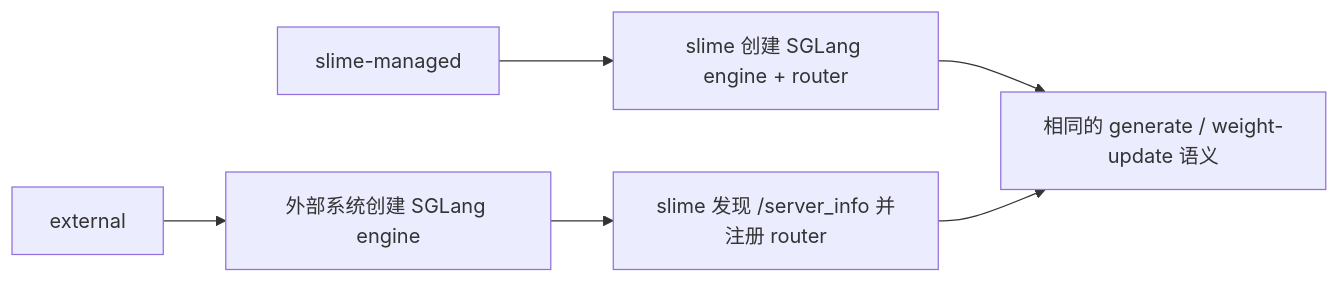
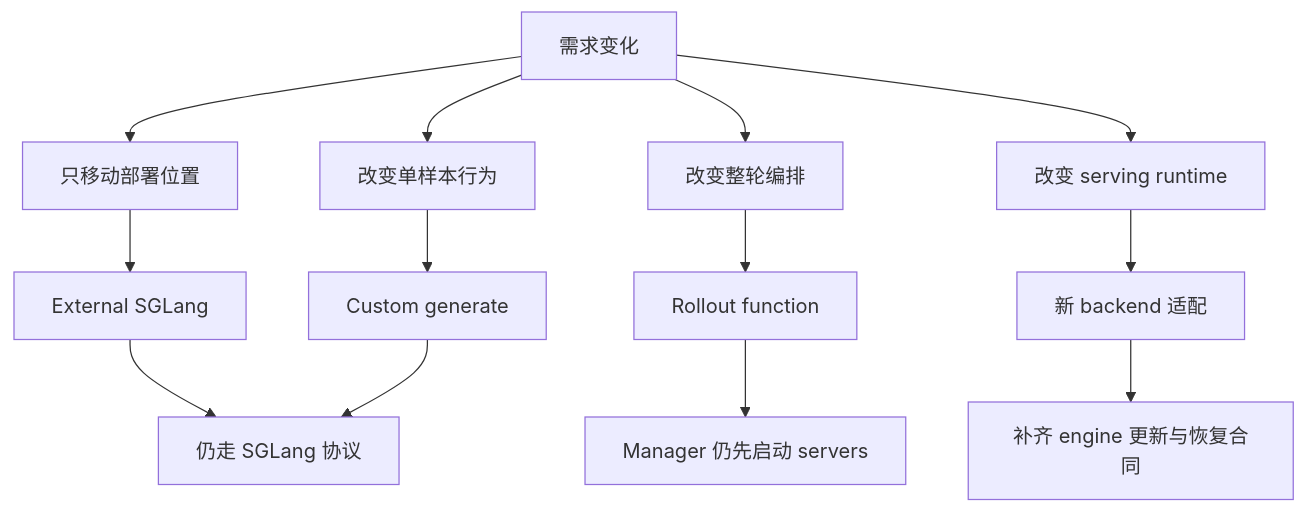
Before and after one commit to suhaibo666/llm-knowledge: the diagram in wiki/02_engineering/04_posttrain_frameworks/slime/19_slime_rollout_backend_extension_analysis.md, drawn with Mermaid. The commit also changed other lines of this file and 2 other files, not shown here.

Commit message:
docs: explain slime extension and online model roles

````diff
--- a/wiki/02_engineering/04_posttrain_frameworks/slime/19_slime_rollout_backend_extension_analysis.md
+++ b/wiki/02_engineering/04_posttrain_frameworks/slime/19_slime_rollout_backend_extension_analysis.md
@@ -44,8 +25,15 @@
 ```mermaid
-flowchart LR
-    A["slime-managed"] --> B["slime 创建 SGLang engine + router"]
-    C["external"] --> D["外部系统创建 SGLang engine"]
-    D --> E["slime 发现 /server_info 并注册 router"]
-    B --> F["相同的 generate / weight-update 语义"]
-    E --> F
+flowchart TB
+    Q["需求变化"] --> D["只移动部署位置"]
+    Q --> G["改变单样本行为"]
+    Q --> O["改变整轮编排"]
+    Q --> B["改变 serving runtime"]
+    D --> ES["External SGLang"]
+    G --> CG["Custom generate"]
+    O --> RF["Rollout function"]
+    B --> NB["新 backend 适配"]
+    ES --> SP["仍走 SGLang 协议"]
+    CG --> SP
+    RF --> MS["Manager 仍先启动 servers"]
+    NB --> BC["补齐 engine 更新与恢复合同"]
 ```
````
